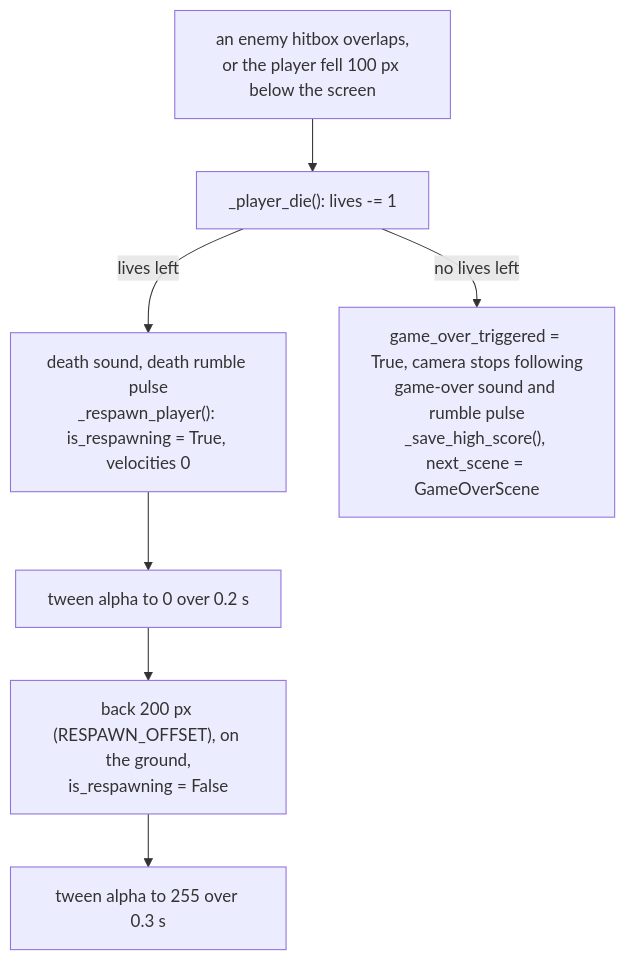
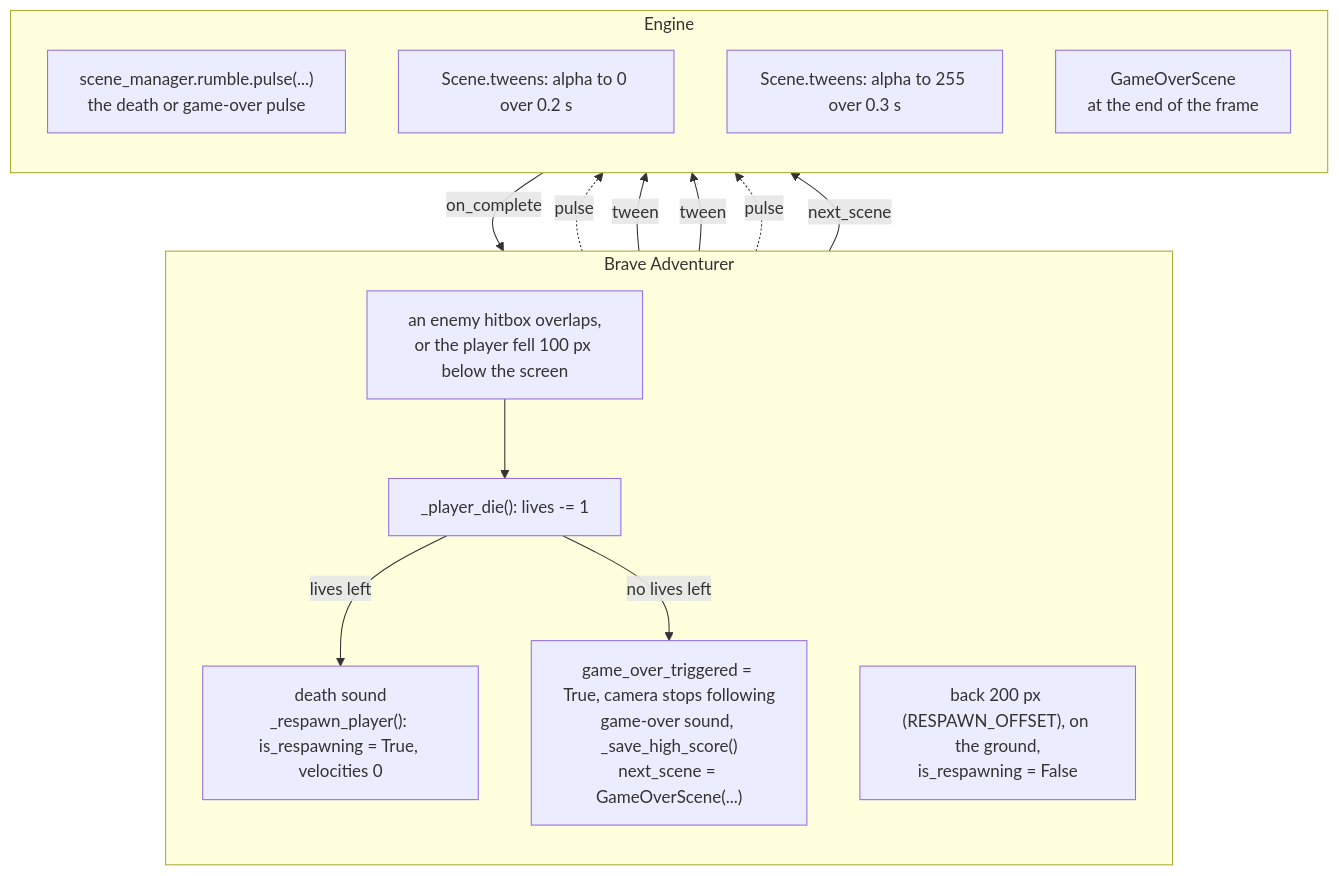
One commit to terrysimons/glitchygames changed the third of 7 diagrams in docs/games/brave_adventurer.md. Above: the diagram before and after it, drawn with Mermaid. The commit also changed other lines of this file and 5 other files, not shown here.

First line of the commit message:
Docs: every diagram that mixes engine and game code shows the split

````diff
--- a/docs/games/brave_adventurer.md
+++ b/docs/games/brave_adventurer.md
@@ -253,17 +276,28 @@
 ```mermaid
 flowchart TB
-    hit["an enemy hitbox overlaps,<br/>or the player fell 100 px below the screen"]
-    die["_player_die#40;#41;: lives -= 1"]
-    respawn["death sound, death rumble pulse<br/>_respawn_player#40;#41;: is_respawning = True, velocities 0"]
-    fadeout["tween alpha to 0 over 0.2 s"]
-    place["back 200 px #40;RESPAWN_OFFSET#41;, on the ground,<br/>is_respawning = False"]
-    fadein["tween alpha to 255 over 0.3 s"]
-    over["game_over_triggered = True, camera stops following<br/>game-over sound and rumble pulse<br/>_save_high_score#40;#41;, next_scene = GameOverScene"]
+    subgraph GAME_DEATH["Brave Adventurer"]
+        direction TB
+        hit["an enemy hitbox overlaps,<br/>or the player fell 100 px below the screen"]
+        die["_player_die#40;#41;: lives -= 1"]
+        respawn["death sound<br/>_respawn_player#40;#41;: is_respawning = True, velocities 0"]
+        place["back 200 px #40;RESPAWN_OFFSET#41;, on the ground,<br/>is_respawning = False"]
+        over["game_over_triggered = True, camera stops following<br/>game-over sound, _save_high_score#40;#41;<br/>next_scene = GameOverScene#40;...#41;"]
+    end
+    subgraph ENGINE_DEATH["Engine"]
+        direction TB
+        rumble["scene_manager.rumble.pulse#40;...#41;<br/>the death or game-over pulse"]
+        fadeout["Scene.tweens: alpha to 0 over 0.2 s"]
+        fadein["Scene.tweens: alpha to 255 over 0.3 s"]
+        gameover["GameOverScene<br/>at the end of the frame"]
+    end
 
     hit --> die
     die -->|"lives left"| respawn
-    respawn --> fadeout
-    fadeout --> place
-    place --> fadein
+    respawn -.->|"pulse"| rumble
+    respawn -->|"tween"| fadeout
+    fadeout -->|"on_complete"| place
+    place -->|"tween"| fadein
     die -->|"no lives left"| over
+    over -.->|"pulse"| rumble
+    over -->|"next_scene"| gameover
 ```
````
